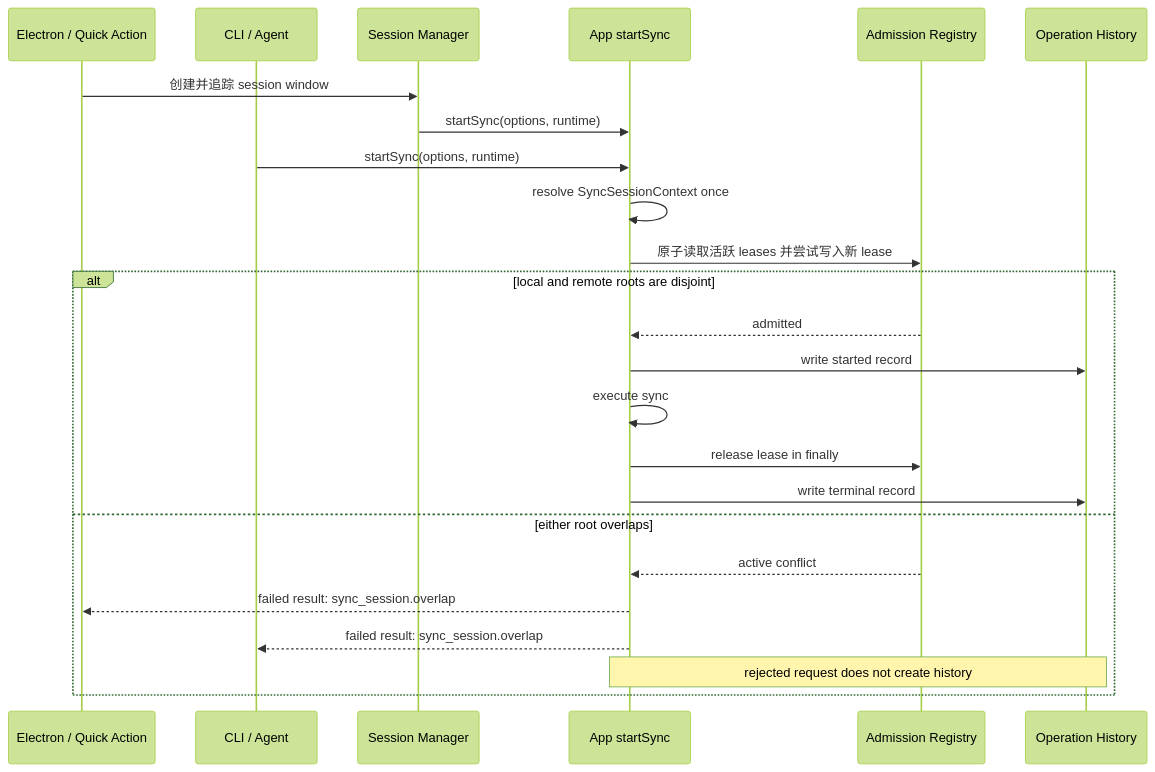
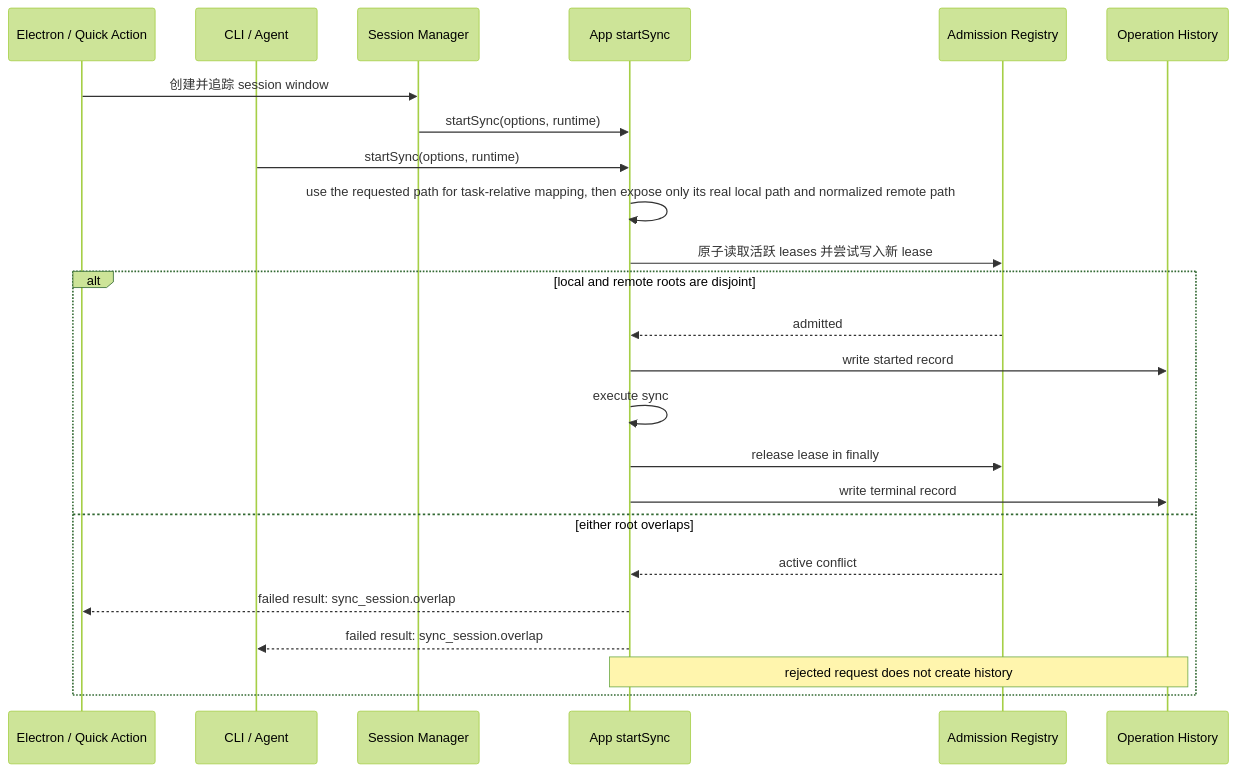
One commit to agalloch21/sync-with-rclone changed diagram 11 of 15 in docs/Flows.md. Above: the diagram before and after it, drawn with Mermaid (forest theme). The commit also changed other lines of this file and 40 other files, not shown here.

````diff
--- a/docs/Flows.md
+++ b/docs/Flows.md
@@ -299,27 +301,27 @@
 ```mermaid
 sequenceDiagram
   participant E as Electron / Quick Action
   participant C as CLI / Agent
   participant SM as Session Manager
   participant A as App startSync
   participant R as Admission Registry
   participant H as Operation History
 
   E->>SM: 创建并追踪 session window
   SM->>A: startSync(options, runtime)
   C->>A: startSync(options, runtime)
-  A->>A: resolve SyncSessionContext once
+  A->>A: use the requested path for task-relative mapping, then expose only its real local path and normalized remote path
   A->>R: 原子读取活跃 leases 并尝试写入新 lease
   alt local and remote roots are disjoint
     R-->>A: admitted
     A->>H: write started record
     A->>A: execute sync
     A->>R: release lease in finally
     A->>H: write terminal record
   else either root overlaps
     R-->>A: active conflict
     A-->>E: failed result: sync_session.overlap
     A-->>C: failed result: sync_session.overlap
     Note over A,H: rejected request does not create history
   end
 ```
````
